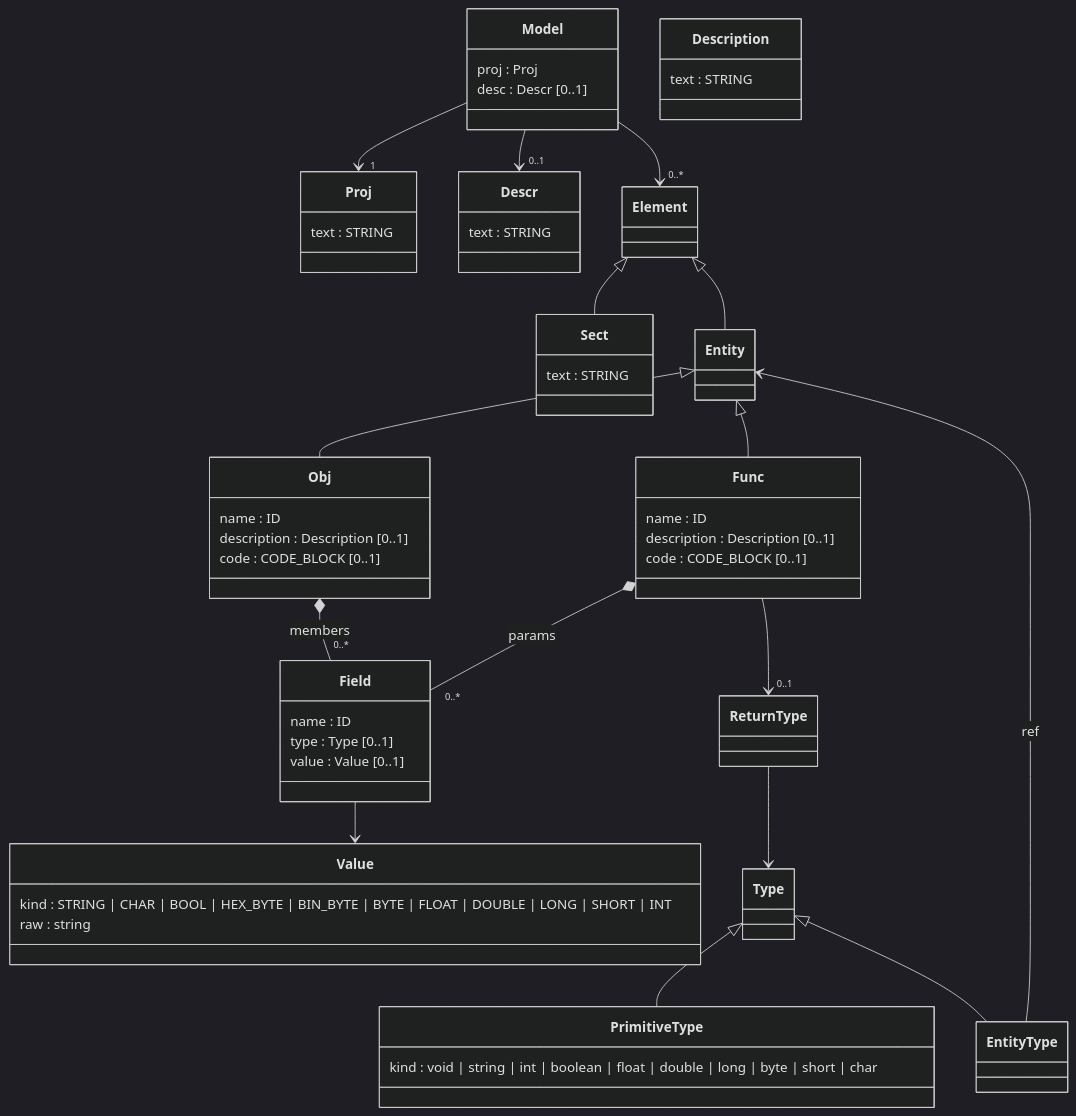
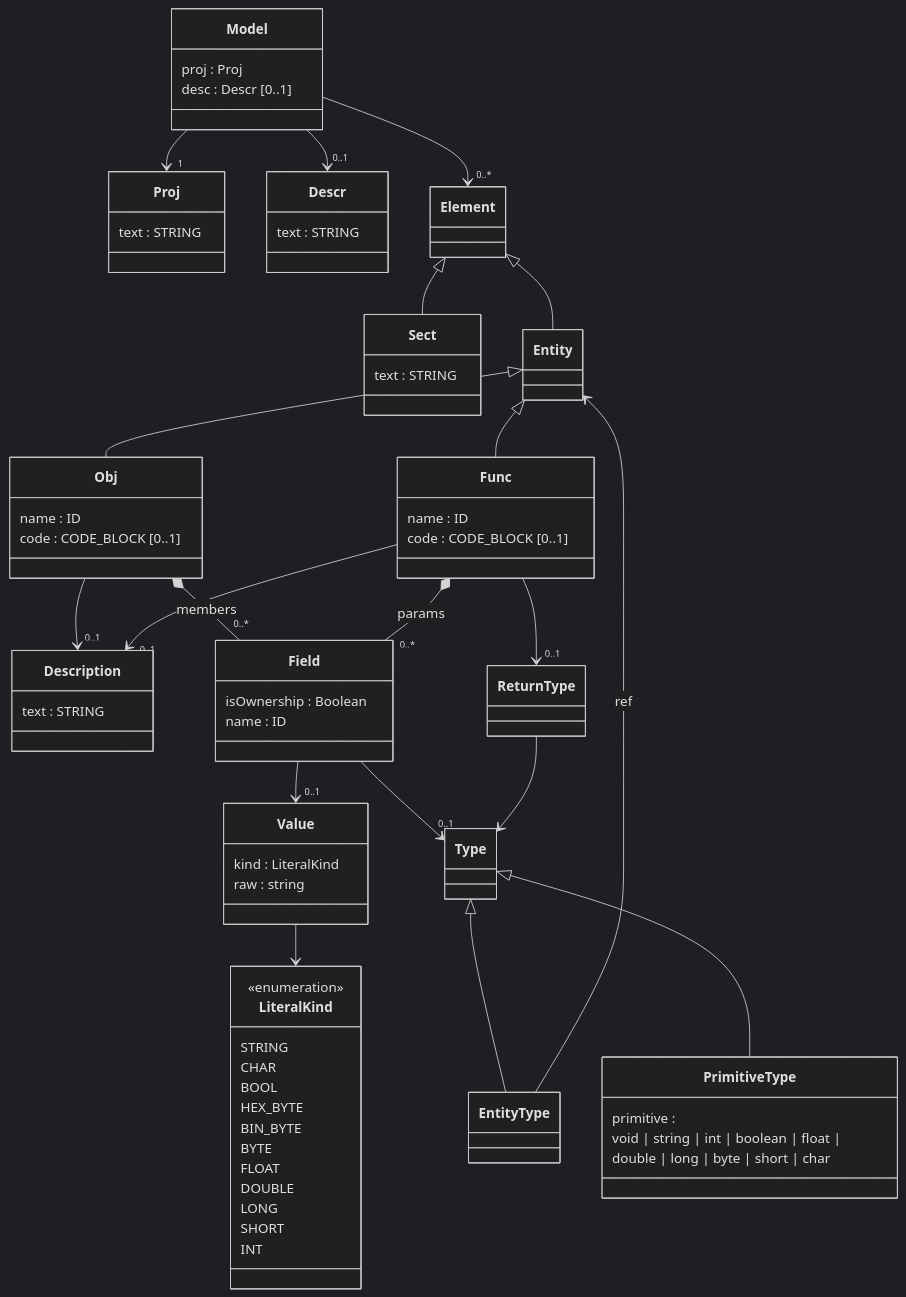
Before and after one commit to dermrvn-code/doc-lang: the diagram in docs/metamodel.md, drawn with Mermaid (dark theme).

Commit message:
docs: update metamodel

````diff
--- a/docs/metamodel.md
+++ b/docs/metamodel.md
@@ -40,13 +40,11 @@
 %% =======================
 class Obj {
   name : ID
-  description : Description [0..1]
   code : CODE_BLOCK [0..1]
 }
 
 class Func {
   name : ID
-  description : Description [0..1]
   code : CODE_BLOCK [0..1]
 }
 
@@ -57,47 +55,71 @@
   text : STRING
 }
 
+Obj --> "0..1" Description
+Func --> "0..1" Description
+
 %% =======================
-%% Fields
+%% Members / Parameters
 %% =======================
 class Field {
+  isOwnership : Boolean
   name : ID
-  type : Type [0..1]
-  value : Value [0..1]
 }
 
 Obj *-- "0..*" Field : members
 Func *-- "0..*" Field : params
 
+Field --> "0..1" Type
+Field --> "0..1" Value
+
 %% =======================
-%% Return type
+%% Return Type
 %% =======================
 class ReturnType
+
 Func --> "0..1" ReturnType
 ReturnType --> Type
 
 %% =======================
-%% Type system
+%% Type System
 %% =======================
 class Type
 
 class PrimitiveType {
-  kind : void | string | int | boolean | float | double | long | byte | short | char
+  primitive :
+  void | string | int | boolean | float |
+  double | long | byte | short | char
 }
 
 class EntityType
 
 Type <|-- PrimitiveType
 Type <|-- EntityType
+
 EntityType --> Entity : ref
 
 %% =======================
-%% Unified literal system
+%% Literal Values
 %% =======================
 class Value {
-  kind : STRING | CHAR | BOOL | HEX_BYTE | BIN_BYTE | BYTE | FLOAT | DOUBLE | LONG | SHORT | INT
-  raw  : string
+  kind : LiteralKind
+  raw : string
 }
 
-Field --> Value
+class LiteralKind {
+  <<enumeration>>
+  STRING
+  CHAR
+  BOOL
+  HEX_BYTE
+  BIN_BYTE
+  BYTE
+  FLOAT
+  DOUBLE
+  LONG
+  SHORT
+  INT
+}
+
+Value --> LiteralKind
 ```
````
